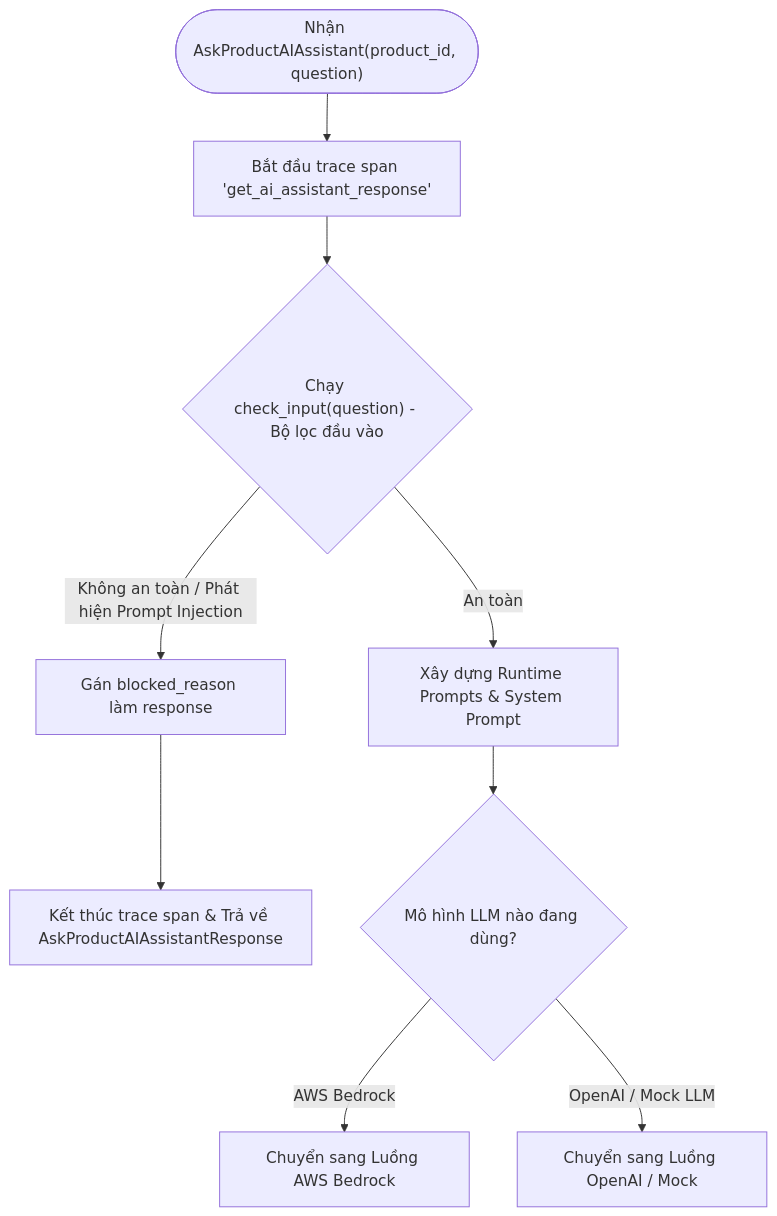
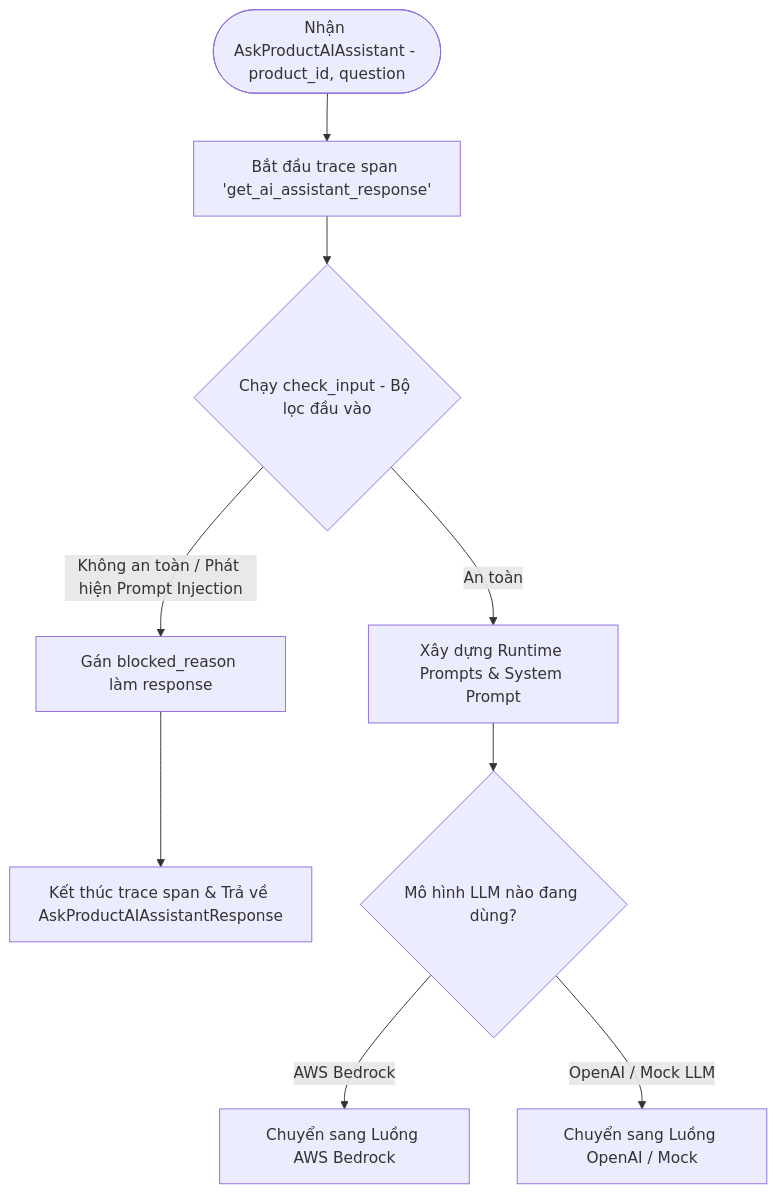
The fifth of 8 diagrams in AIE1/techx-corp-platform/src/product-reviews/README.md (DangThao195/AIO02_TF3_Phase3), drawn with Mermaid before and after one commit. The commit also changed other lines of this file, not shown here.

Commit message:
fix: resolve Mermaid syntax parser errors by removing parentheses from labels

````diff
--- a/AIE1/techx-corp-platform/src/product-reviews/README.md
+++ b/AIE1/techx-corp-platform/src/product-reviews/README.md
@@ -103,13 +103,13 @@
 ```mermaid
 flowchart TD
-    ReqAI(["Nhận AskProductAIAssistant(product_id, question)"]) --> SpanAI["Bắt đầu trace span 'get_ai_assistant_response'"]
-    SpanAI --> InputFilter{"Chạy check_input(question) - Bộ lọc đầu vào"}
+    ReqAI(["Nhận AskProductAIAssistant - product_id, question"]) --> SpanAI["Bắt đầu trace span 'get_ai_assistant_response'"]
+    SpanAI --> InputFilter{"Chạy check_input - Bộ lọc đầu vào"}
     InputFilter -->|Không an toàn / Phát hiện Prompt Injection| RetBlocked["Gán blocked_reason làm response"]
     RetBlocked --> EndSpanAI["Kết thúc trace span & Trả về AskProductAIAssistantResponse"]
     
     InputFilter -->|An toàn| PromptBuild["Xây dựng Runtime Prompts & System Prompt"]
     PromptBuild --> ProviderCheck{"Mô hình LLM nào đang dùng?"}
     
     ProviderCheck -->|AWS Bedrock| BedrockFlow[Chuyển sang Luồng AWS Bedrock]
     ProviderCheck -->|OpenAI / Mock LLM| OpenAIFlow[Chuyển sang Luồng OpenAI / Mock]
 ```
````
